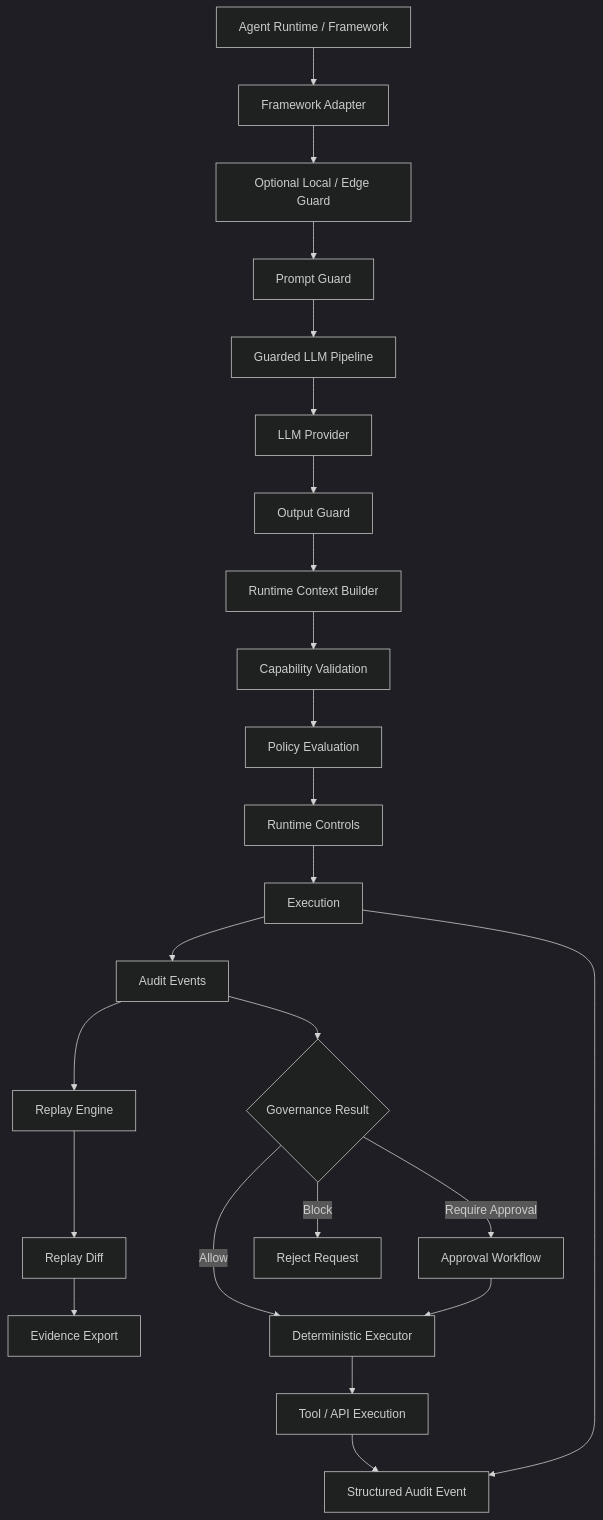
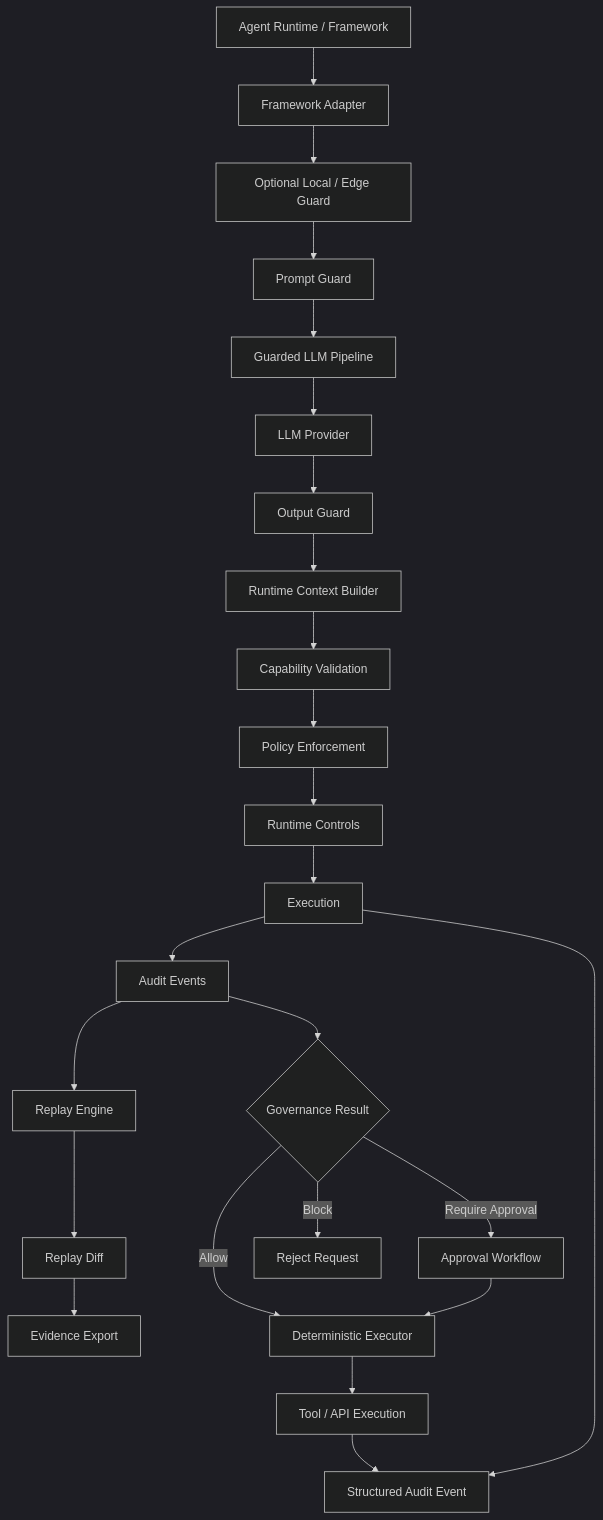
Before and after one commit to viplavfauzdar/aisecops-site: the third of 4 diagrams in src/content/architecture.md, drawn with Mermaid (dark theme). The commit also changed other lines of this file and 9 other files, not shown here.

````diff
--- a/src/content/architecture.md
+++ b/src/content/architecture.md
@@ -299,47 +298,47 @@
 ```mermaid
 flowchart TD
 
 A[Agent Runtime / Framework]
 
 A --> B[Framework Adapter]
 
 B --> C[Optional Local / Edge Guard]
 
 C --> D[Prompt Guard]
 
 D --> E[Guarded LLM Pipeline]
 
 E --> F[LLM Provider]
 
 F --> G[Output Guard]
 
 G --> H[Runtime Context Builder]
 
 H --> I[Capability Validation]
 
-I --> J[Policy Evaluation]
+I --> J[Policy Enforcement]
 
 J --> K[Runtime Controls]
 
 K --> L[Execution]
 
 L --> M[Audit Events]
 
 M --> N[Replay Engine]
 
 N --> O[Replay Diff]
 
 O --> P[Evidence Export]
 
 M --> Q{Governance Result}
 Q -->|Allow| R[Deterministic Executor]
 Q -->|Block| S[Reject Request]
 Q -->|Require Approval| T[Approval Workflow]
 
 T --> R
 
 R --> U[Tool / API Execution]
 
 L --> V[Structured Audit Event]
 U --> V
 ```
````
